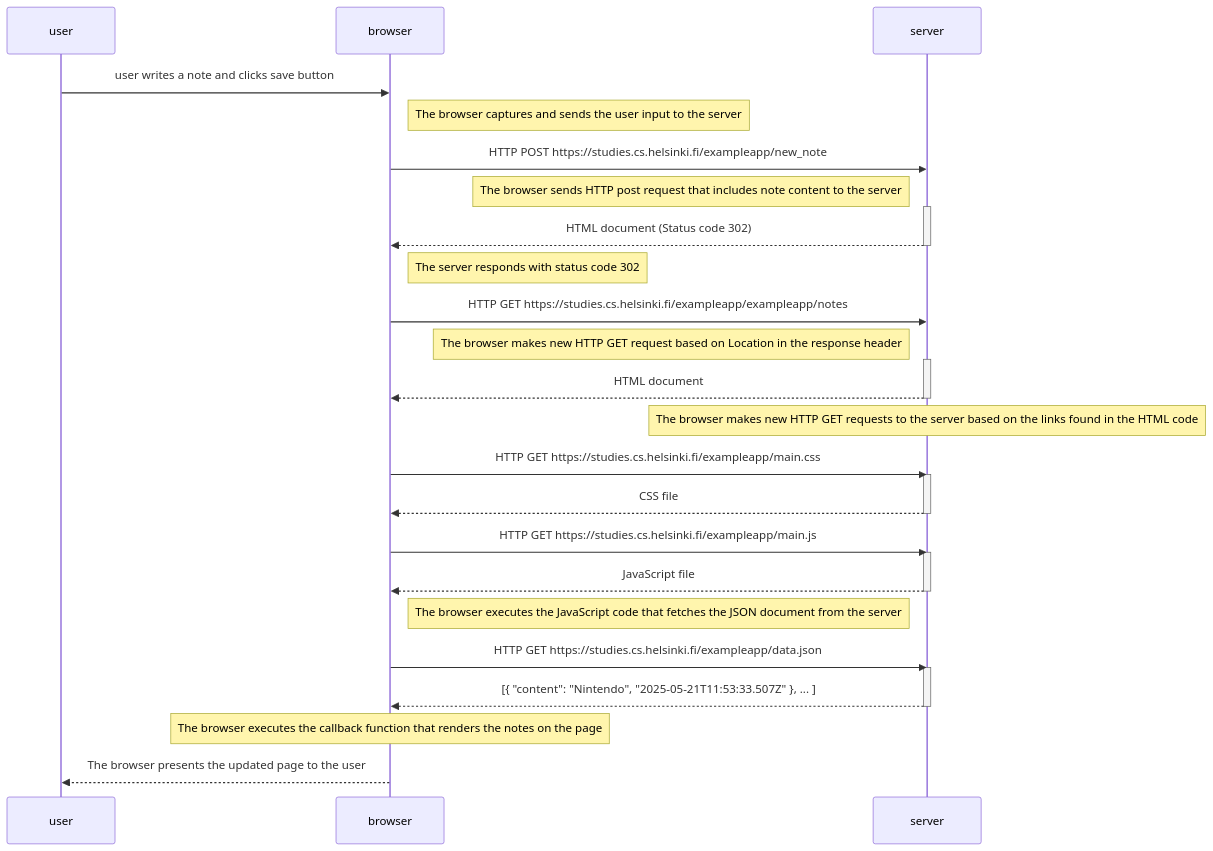
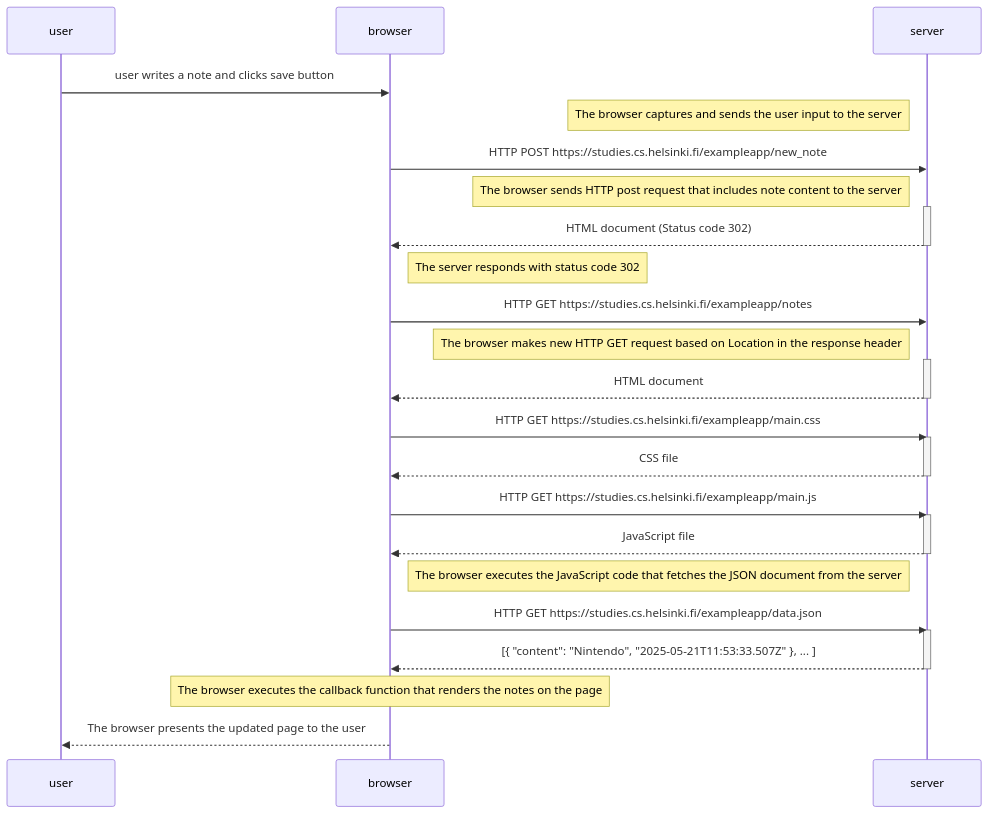
One commit to serfoll/fso_part0 changed the diagram in new-note-diagram/new-note-diagram.md. Above: the diagram before and after it, drawn with Mermaid.

Commit message:
New note sequence diagram created along with prettierignore to ignore markdown files

````diff
--- a/new-note-diagram/new-note-diagram.md
+++ b/new-note-diagram/new-note-diagram.md
@@ -1,55 +1,52 @@
 ```mermaid
 sequenceDiagram
 participant user
 participant browser
 participant server
 
   user->>browser: user writes a note and clicks save button
 
-  Note right of browser: The browser captures and sends the user input to the server
+  Note left of server: The browser captures and sends the user input to the server
 
   browser->>server: HTTP POST https://studies.cs.helsinki.fi/exampleapp/new_note
 
   Note left of server: The browser sends HTTP post request that includes note content to the server
 
   activate server
   server-->>browser: HTML document (Status code 302)
   deactivate server
 
   Note right of browser: The server responds with status code 302
 
-  browser->>server: HTTP GET https://studies.cs.helsinki.fi/exampleapp/exampleapp/notes
+  browser->>server: HTTP GET https://studies.cs.helsinki.fi/exampleapp/notes
 
   Note left of server: The browser makes new HTTP GET request based on Location in the response header
 
   activate server
   server-->>browser: HTML document
   deactivate server
-
-  Note over server: The browser makes new HTTP GET requests to the server based on the links found in the HTML code
-
 
   browser->>server: HTTP GET https://studies.cs.helsinki.fi/exampleapp/main.css
 
   activate server
   server-->>browser: CSS file
   deactivate server
 
   browser->>server: HTTP GET https://studies.cs.helsinki.fi/exampleapp/main.js
 
   activate server
   server-->>browser: JavaScript file
   deactivate server
 
   Note right of browser: The browser executes the JavaScript code that fetches the JSON document from the server
 
   browser->>server: HTTP GET https://studies.cs.helsinki.fi/exampleapp/data.json
 
   activate server
   server-->>browser: [{ "content": "Nintendo", "2025-05-21T11:53:33.507Z" }, ... ]
   deactivate server
 
   Note over browser: The browser executes the callback function that renders the notes on the page
 
   browser-->>user: The browser presents the updated page to the user
 ```
````
